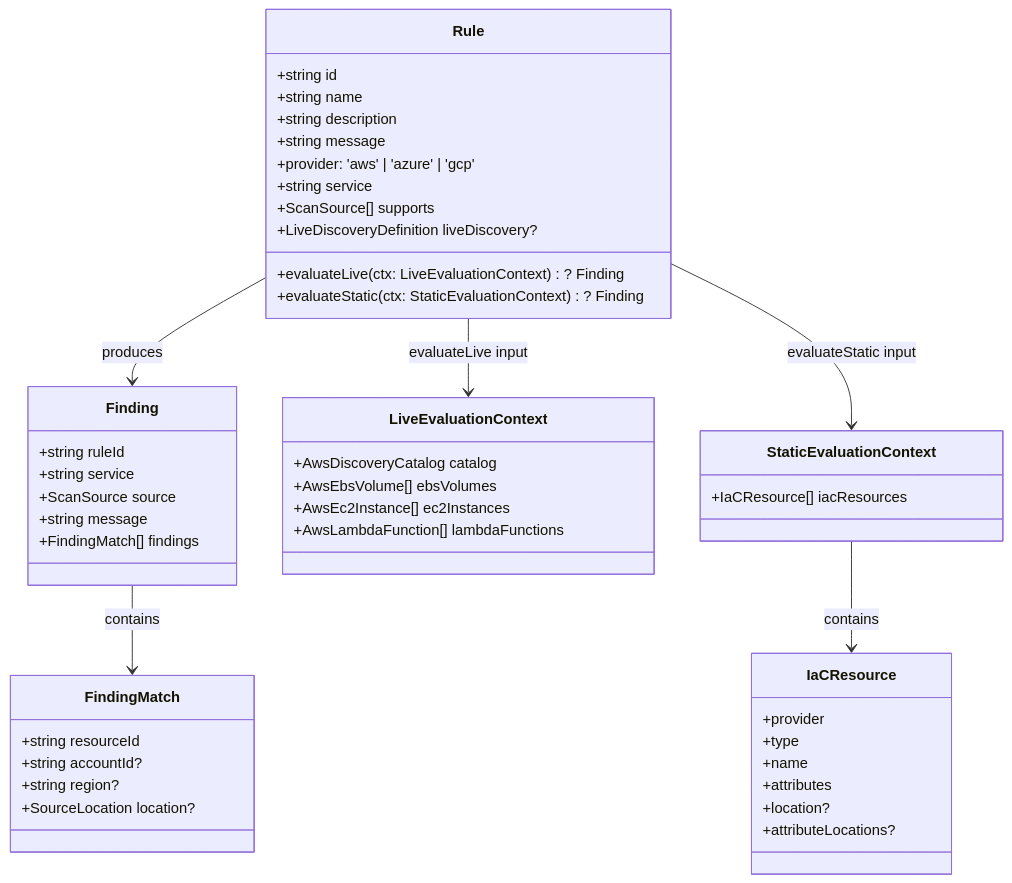
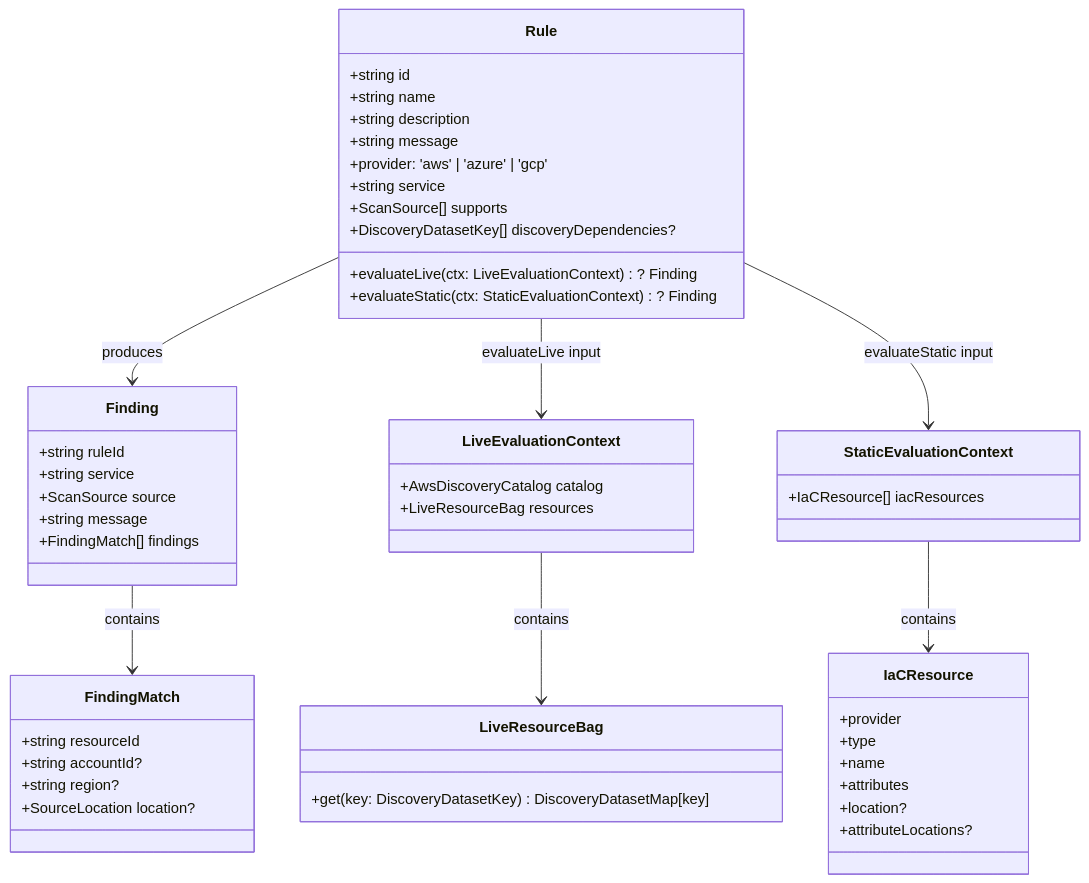
The first of 2 diagrams in docs/architecture/rules.md (towardsthecloud/cloudburn), drawn with Mermaid before and after one commit. The commit also changed other lines of this file and 31 other files, not shown here.

First line of the commit message:
refactor(sdk): drive AWS discovery from dataset registry (#33)

````diff
--- a/docs/architecture/rules.md
+++ b/docs/architecture/rules.md
@@ -5,56 +5,59 @@
 ```mermaid
 classDiagram
   class Rule {
     +string id
     +string name
     +string description
     +string message
     +provider: 'aws' | 'azure' | 'gcp'
     +string service
     +ScanSource[] supports
-    +LiveDiscoveryDefinition liveDiscovery?
+    +DiscoveryDatasetKey[] discoveryDependencies?
     +evaluateLive(ctx: LiveEvaluationContext)? Finding
     +evaluateStatic(ctx: StaticEvaluationContext)? Finding
   }
 
   class Finding {
     +string ruleId
     +string service
     +ScanSource source
     +string message
     +FindingMatch[] findings
   }
 
   class FindingMatch {
     +string resourceId
     +string accountId?
     +string region?
     +SourceLocation location?
   }
 
   class LiveEvaluationContext {
     +AwsDiscoveryCatalog catalog
-    +AwsEbsVolume[] ebsVolumes
-    +AwsEc2Instance[] ec2Instances
-    +AwsLambdaFunction[] lambdaFunctions
+    +LiveResourceBag resources
+  }
+
+  class LiveResourceBag {
+    +get(key: DiscoveryDatasetKey) DiscoveryDatasetMap[key]
   }
 
   class IaCResource {
     +provider
     +type
     +name
     +attributes
     +location?
     +attributeLocations?
   }
 
   class StaticEvaluationContext {
     +IaCResource[] iacResources
   }
 
   Rule --> Finding : produces
   Finding --> FindingMatch : contains
   Rule --> LiveEvaluationContext : evaluateLive input
+  LiveEvaluationContext --> LiveResourceBag : contains
   Rule --> StaticEvaluationContext : evaluateStatic input
   StaticEvaluationContext --> IaCResource : contains
 ```
````
